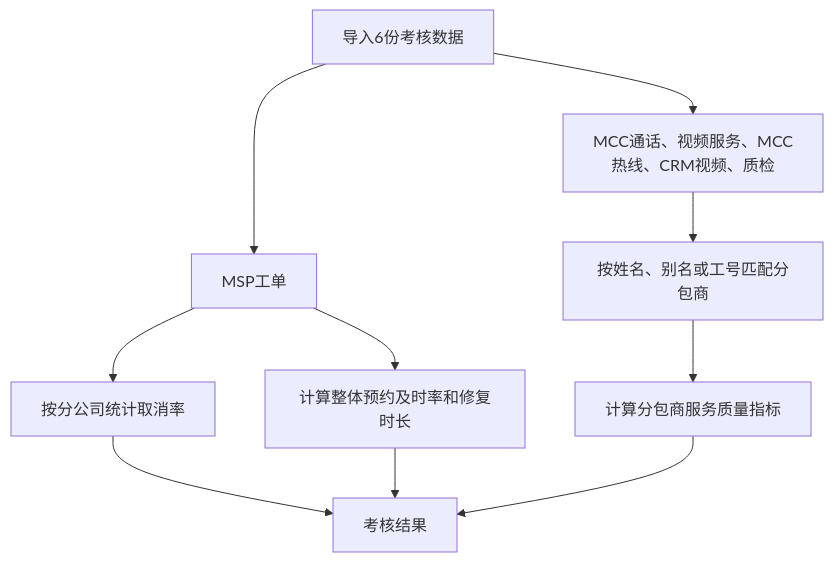
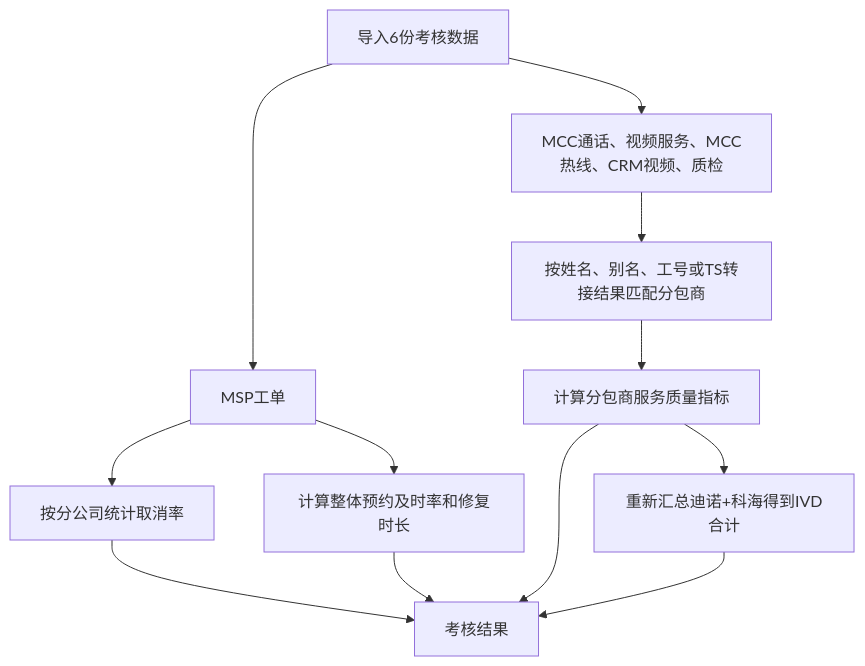
The fifth of 9 diagrams in docs/online_service_target_and_assessment_business_requirements.md (likebo-maker/RTSTool), drawn with Mermaid before and after one commit. The commit also changed other lines of this file and 6 other files, not shown here.

````diff
--- a/docs/online_service_target_and_assessment_business_requirements.md
+++ b/docs/online_service_target_and_assessment_business_requirements.md
@@ -573,12 +574,14 @@
 ```mermaid
 flowchart TB
   A["导入6份考核数据"] --> B["MSP工单"]
   A --> C["MCC通话、视频服务、MCC热线、CRM视频、质检"]
   B --> D["按分公司统计取消率"]
   B --> E["计算整体预约及时率和修复时长"]
-  C --> F["按姓名、别名或工号匹配分包商"]
+  C --> F["按姓名、别名、工号或TS转接结果匹配分包商"]
   F --> G["计算分包商服务质量指标"]
+  G --> I["重新汇总迪诺+科海得到IVD合计"]
   D --> H["考核结果"]
   E --> H
   G --> H
+  I --> H
 ```
````
